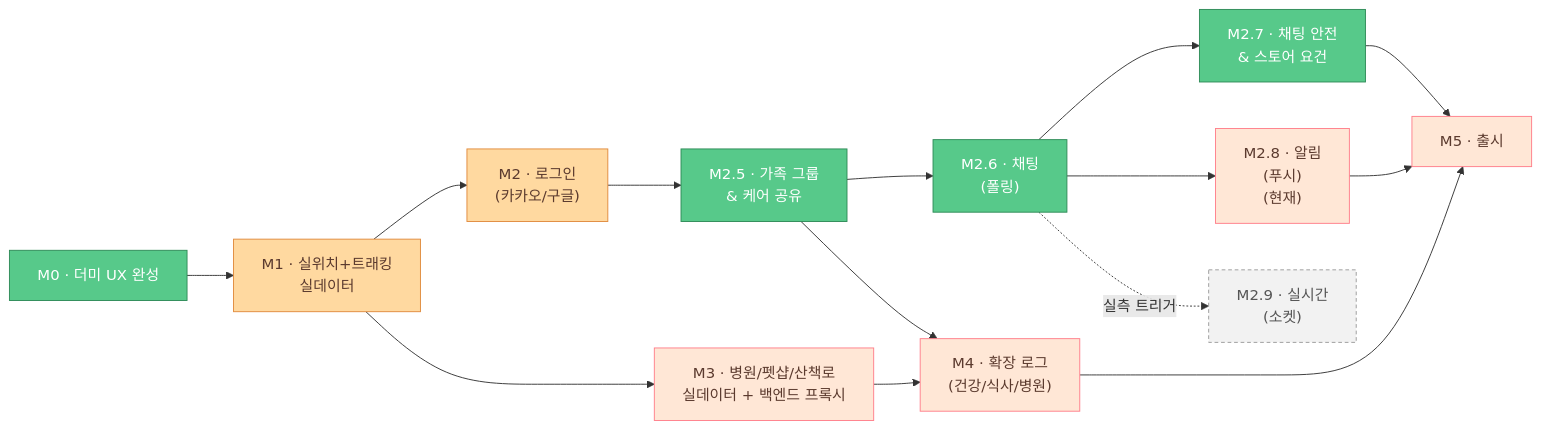
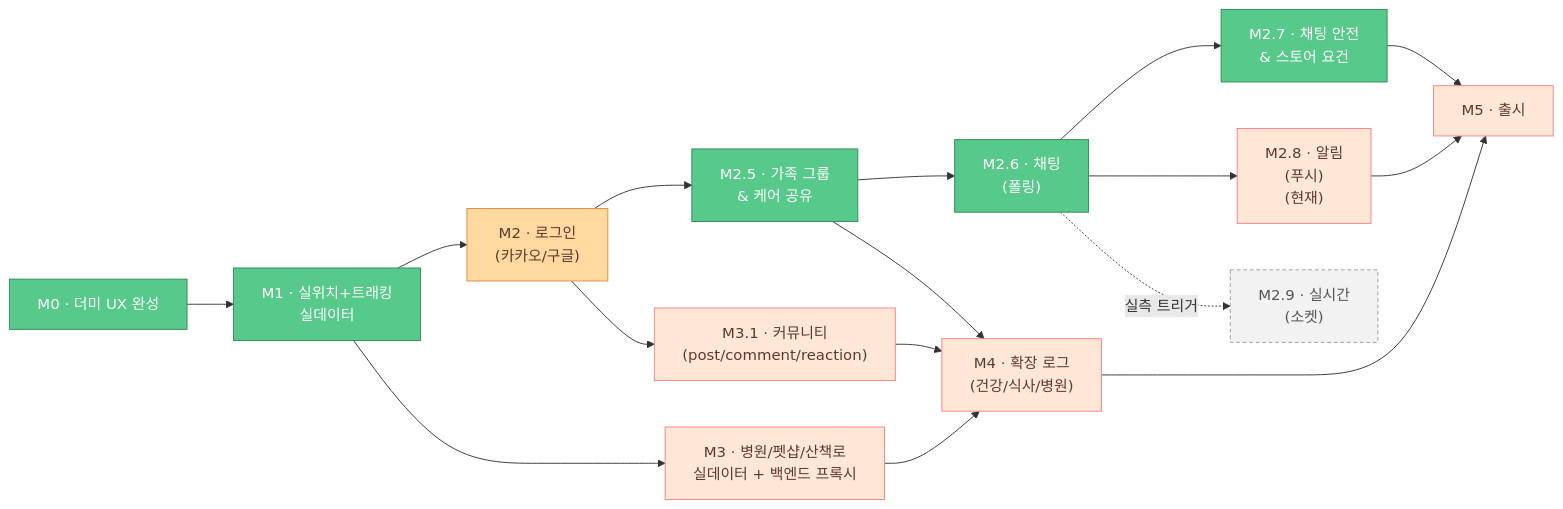
The diagram in docs/05-build/roadmap.md (sanghyunbang/pawloop), drawn with Mermaid before and after one commit. The commit also changed other lines of this file and 3 other files, not shown here.

````diff
--- a/docs/05-build/roadmap.md
+++ b/docs/05-build/roadmap.md
@@ -332,25 +332,27 @@
 ```mermaid
 flowchart LR
     M0["M0 · 더미 UX 완성"] --> M1["M1 · 실위치+트래킹<br/>실데이터"]
     M1 --> M2["M2 · 로그인<br/>(카카오/구글)"]
     M1 --> M3["M3 · 병원/펫샵/산책로<br/>실데이터 + 백엔드 프록시"]
     M2 --> M25["M2.5 · 가족 그룹<br/>& 케어 공유"]
     M25 --> M26["M2.6 · 채팅<br/>(폴링)"]
     M26 --> M27["M2.7 · 채팅 안전<br/>& 스토어 요건"]
     M26 --> M28["M2.8 · 알림<br/>(푸시)<br/>(현재)"]
     M26 -.실측 트리거.-> M29["M2.9 · 실시간<br/>(소켓)"]
     M25 --> M4["M4 · 확장 로그<br/>(건강/식사/병원)"]
+    M2 --> M31["M3.1 · 커뮤니티<br/>(post/comment/reaction)"]
+    M31 --> M4
     M3 --> M4
     M4 --> M5["M5 · 출시"]
     M27 --> M5
     M28 --> M5
 
     classDef done fill:#57C98A,stroke:#2E8B57,color:#fff;
     classDef todo fill:#FFE7D6,stroke:#FF7E8A,color:#5b3a2e;
     classDef wip fill:#FFD9A0,stroke:#E08A3C,color:#5b3a2e;
     classDef gated fill:#F2F2F2,stroke:#9A9A9A,color:#555,stroke-dasharray: 4 3;
-    class M0,M25,M26,M27 done;
-    class M1,M2 wip;
-    class M28,M3,M4,M5 todo;
+    class M0,M1,M25,M26,M27 done;
+    class M2 wip;
+    class M28,M3,M31,M4,M5 todo;
     class M29 gated;
 ```
````
